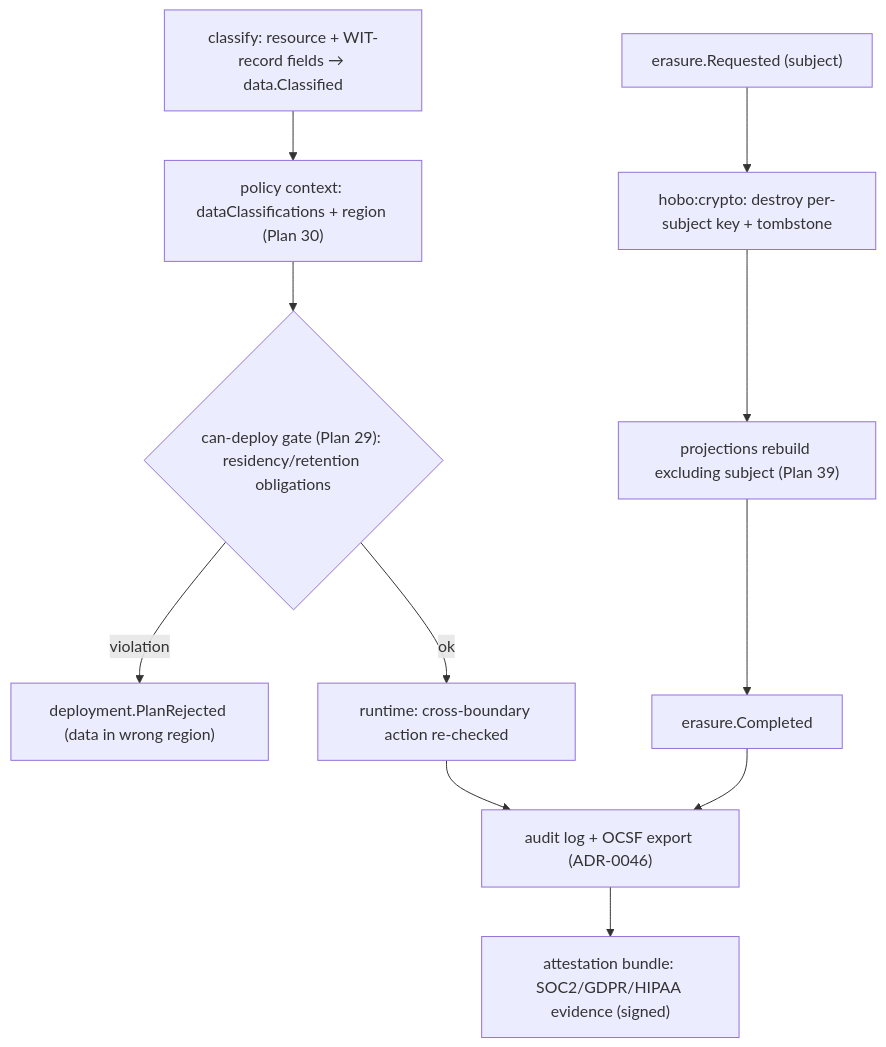
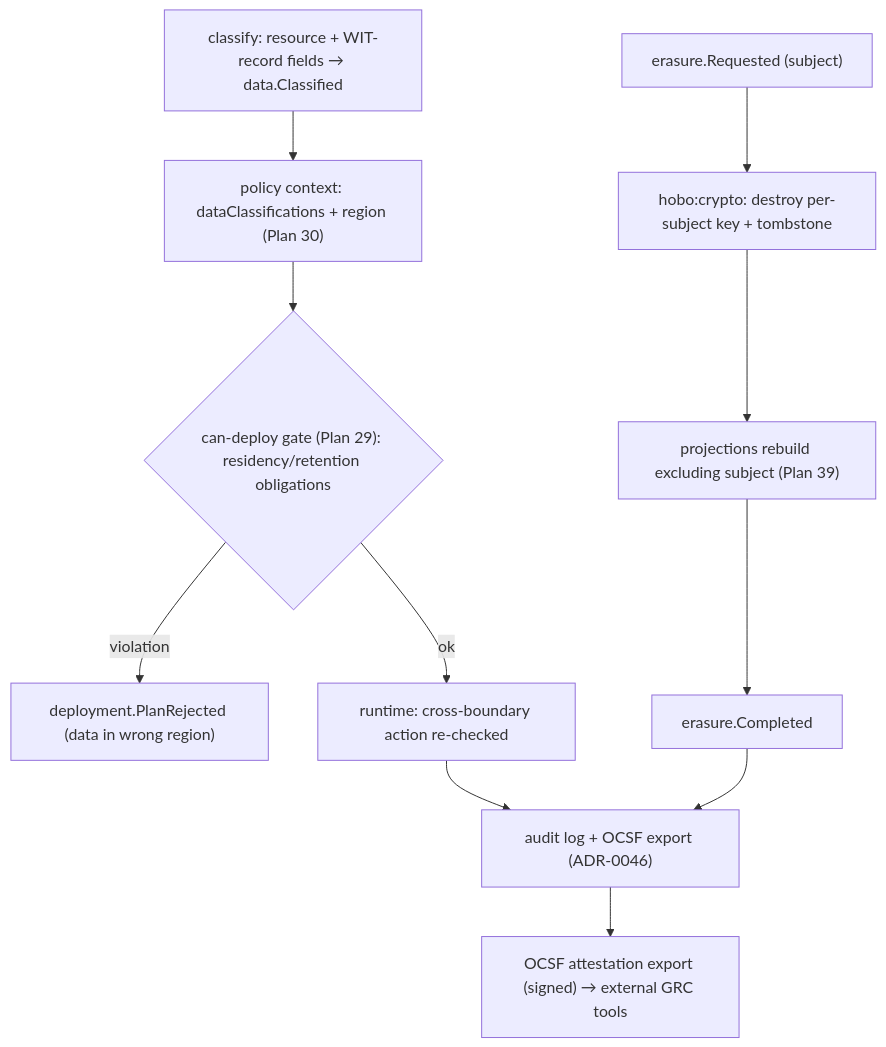
The diagram in docs/design/46-compliance-governance.md (Tyler-R-Kendrick/HoBo), drawn with Mermaid before and after one commit. The commit also changed other lines of this file and 40 other files, not shown here.

````diff
--- a/docs/design/46-compliance-governance.md
+++ b/docs/design/46-compliance-governance.md
@@ -27,13 +27,13 @@
 ```mermaid
 flowchart TB
   CL["classify: resource + WIT-record fields → data.Classified"] --> CTX["policy context: dataClassifications + region (Plan 30)"]
   CTX --> GATE{"can-deploy gate (Plan 29): residency/retention obligations"}
   GATE -->|violation| REJ["deployment.PlanRejected (data in wrong region)"]
   GATE -->|ok| RUN["runtime: cross-boundary action re-checked"]
   ER["erasure.Requested (subject)"] --> SHRED["hobo:crypto: destroy per-subject key + tombstone"]
   SHRED --> PURGE["projections rebuild excluding subject (Plan 39)"]
   PURGE --> DONE["erasure.Completed"]
   RUN --> EV["audit log + OCSF export (ADR-0046)"]
   DONE --> EV
-  EV --> ATT["attestation bundle: SOC2/GDPR/HIPAA evidence (signed)"]
+  EV --> ATT["OCSF attestation export (signed) → external GRC tools"]
 ```
````
